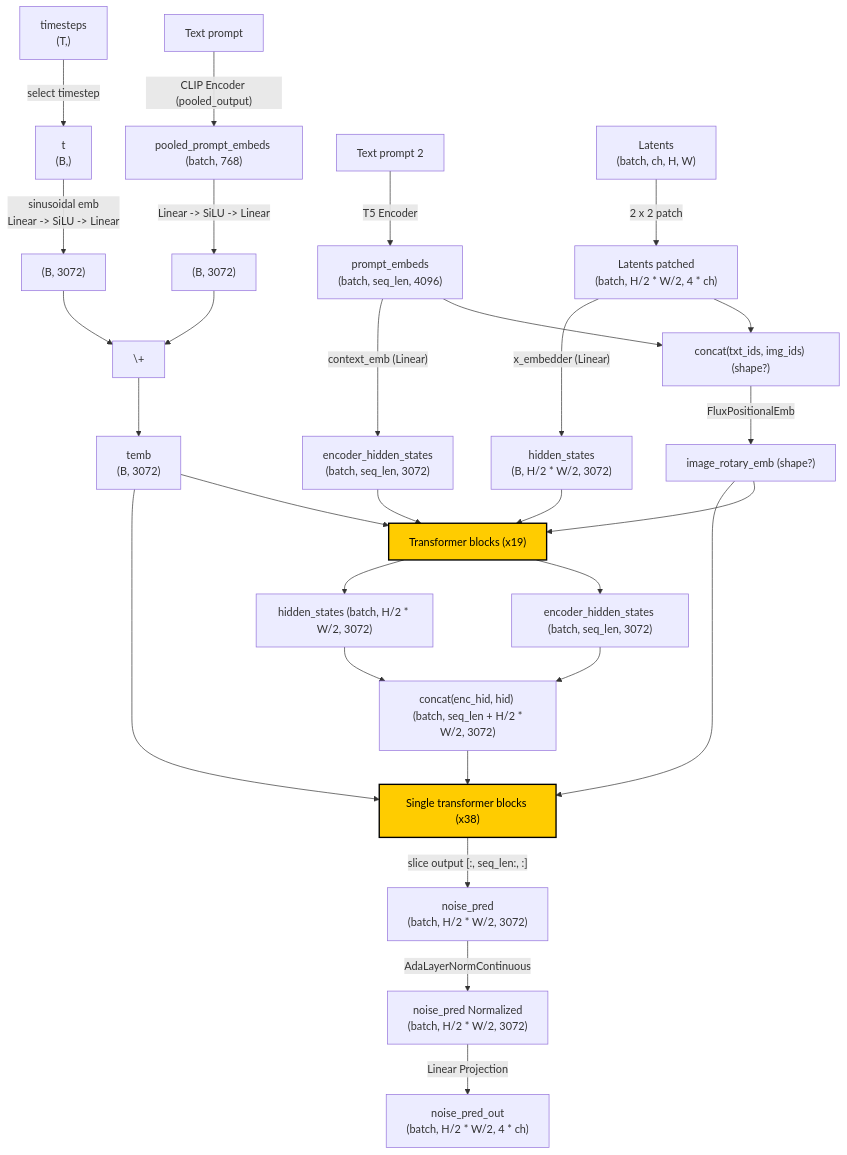
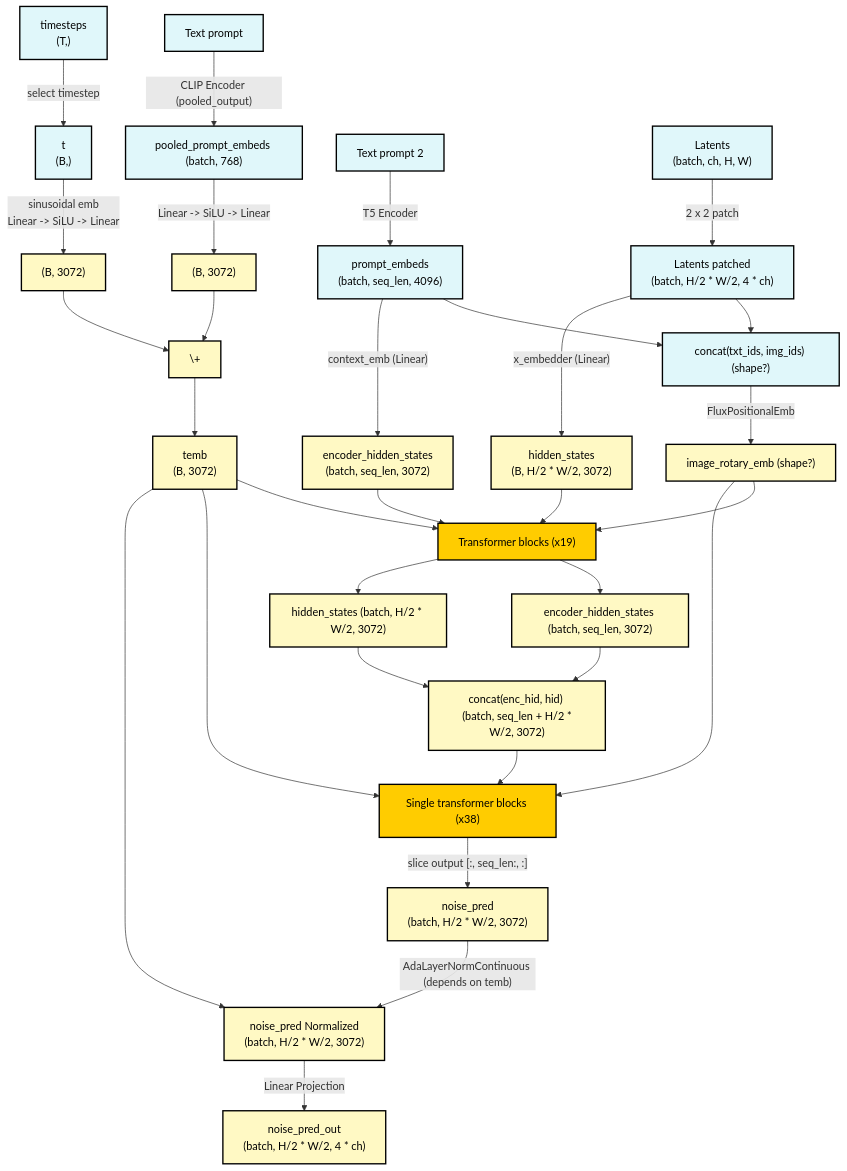
Before and after one commit to antoniomari/diffusion-interpretability: the first of 2 diagrams in docs/Flux_architecture.md, drawn with Mermaid. The commit also changed other lines of this file, not shown here.

````diff
--- a/docs/Flux_architecture.md
+++ b/docs/Flux_architecture.md
@@ -88,44 +57,52 @@
 ```mermaid
 graph TD
-    %% nodes
+
     time["timesteps <br> (T,)"] --> |"select timestep"| timestep["t <br> (B,)"];
     prompt1["Text prompt"] --> |"CLIP Encoder (pooled_output)"| prompt1_emb["pooled_prompt_embeds (batch, 768)"];
     prompt2["Text prompt 2"] --> |T5 Encoder| prompt2_emb["prompt_embeds <br> (batch, seq_len, 4096)"];
     latents["Latents <br> (batch, ch, H, W)"] --> | 2 x 2 patch | latents_patch["Latents patched <br> (batch, H/2 * W/2, 4 * ch)"];
     prompt2_emb --> txt_img_ids["concat(txt_ids, img_ids) (shape?)"];
     latents_patch --> txt_img_ids;
+
 
     %% transformer
     plus["\+"]
     time_text_emb["temb <br> (B, 3072)"];
     image_rotary_emb["image_rotary_emb (shape?)"];
     transformer_blocks["Transformer blocks (x19)"]
     latents_patch --> |"x_embedder (Linear)"| hidden_states["hidden_states <br> (B, H/2 * W/2, 3072)"]
     timestep --> |"sinusoidal emb <br> Linear -> SiLU -> Linear"| time_emb["(B, 3072)"];
     prompt1_emb --> |Linear -> SiLU -> Linear| pooled_text_emb["(B, 3072)"];
     pooled_text_emb --> plus;
     time_emb --> plus; 
     plus --> time_text_emb;
     prompt2_emb --> |"context_emb (Linear)"| encoder_hidden_states["encoder_hidden_states <br> (batch, seq_len, 3072)"];
     txt_img_ids --> |FluxPositionalEmb | image_rotary_emb
     hidden_states --> transformer_blocks;
     encoder_hidden_states --> transformer_blocks;
     time_text_emb --> transformer_blocks;
     image_rotary_emb --> transformer_blocks;
     transformer_blocks --> encoder_hidden_states1["encoder_hidden_states (batch, seq_len, 3072)"]
     transformer_blocks --> hidden_states1["hidden_states (batch, H/2 * W/2, 3072)"]
     encoder_hidden_states1 --> concat_states["concat(enc_hid, hid) <br> (batch, seq_len + H/2 * W/2, 3072)"]
     hidden_states1 --> concat_states
 
     concat_states --> single_transformer["Single transformer blocks (x38)"]
     time_text_emb --> single_transformer
     image_rotary_emb --> single_transformer
     single_transformer --> |"slice output [:, seq_len:, :]"| hidden_states2["noise_pred <br> (batch, H/2 * W/2, 3072)"]
-    hidden_states2 --> |AdaLayerNormContinuous| noise_pred_norm["noise_pred Normalized <br> (batch, H/2 * W/2, 3072)"];
+    hidden_states2 --> |"AdaLayerNormContinuous (depends on temb)"| noise_pred_norm["noise_pred Normalized <br> (batch, H/2 * W/2, 3072)"];
+    time_text_emb --> noise_pred_norm
     noise_pred_norm --> |Linear Projection| output["noise_pred_out <br> (batch, H/2 * W/2, 4 * ch)"]
 
     %% Apply colors to specific nodes
     style transformer_blocks fill:#ffcc00,stroke:#000,stroke-width:2px,color:#000;
     style single_transformer fill:#ffcc00,stroke:#000,stroke-width:2px,color:#000;
 
+    classDef input_prep fill:#e0f7fa,stroke:#000,stroke-width:2px,color:#000;
+    class time,timestep,prompt1,prompt1_emb,prompt2,prompt2_emb,latents,latents_patch,txt_img_ids input_prep;
+
+    classDef transformer_nodes fill:#fff9c4,stroke:#000,stroke-width:2px,color:#000;
+    class plus,time_text_emb,pooled_text_emb,time_emb,image_rotary_emb,hidden_states,encoder_hidden_states,encoder_hidden_states1,hidden_states1,concat_states,hidden_states2,noise_pred_norm,output transformer_nodes
+
 ```
````
